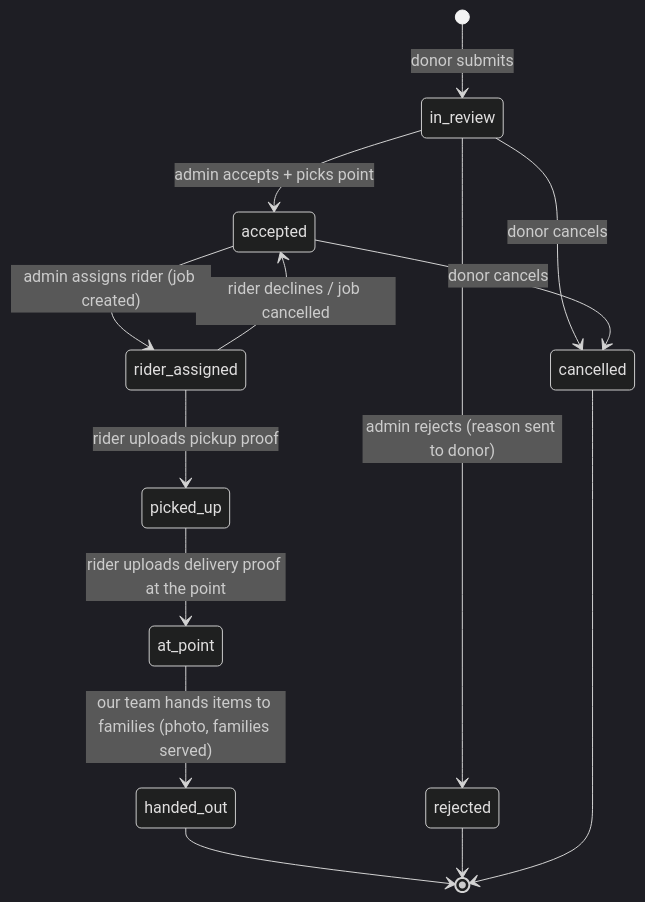
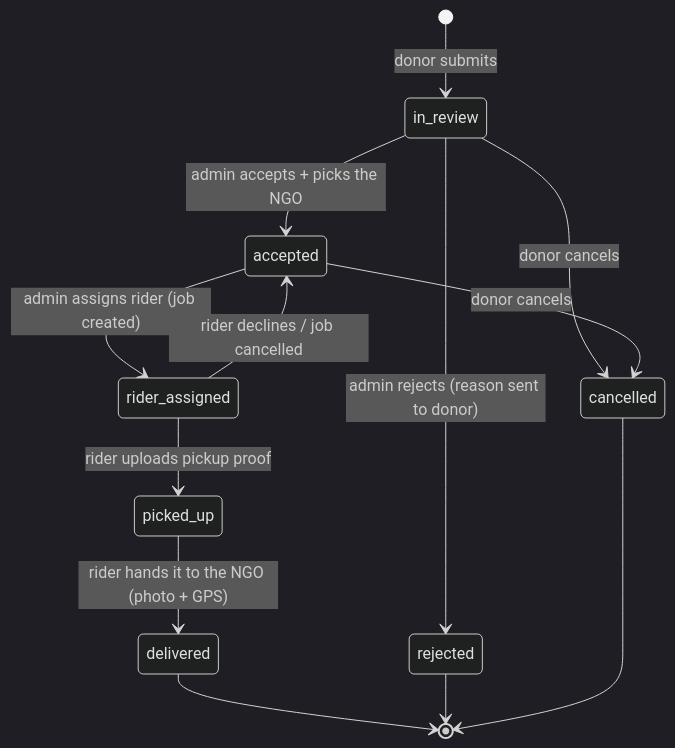
Before and after one commit to AliRaza171-cloud/raazicid: the diagram in docs/status-flow.md, drawn with Mermaid (dark theme). The commit also changed other lines of this file and 69 other files, not shown here.

````diff
--- a/docs/status-flow.md
+++ b/docs/status-flow.md
@@ -3,16 +3,15 @@
 ```mermaid
 stateDiagram-v2
     [*] --> in_review: donor submits
-    in_review --> accepted: admin accepts + picks point
+    in_review --> accepted: admin accepts + picks the NGO
     in_review --> rejected: admin rejects (reason sent to donor)
     accepted --> rider_assigned: admin assigns rider (job created)
     rider_assigned --> accepted: rider declines / job cancelled
     rider_assigned --> picked_up: rider uploads pickup proof
-    picked_up --> at_point: rider uploads delivery proof at the point
-    at_point --> handed_out: our team hands items to families (photo, families served)
+    picked_up --> delivered: rider hands it to the NGO (photo + GPS)
     in_review --> cancelled: donor cancels
     accepted --> cancelled: donor cancels
-    handed_out --> [*]
+    delivered --> [*]
     rejected --> [*]
     cancelled --> [*]
 ```
````
